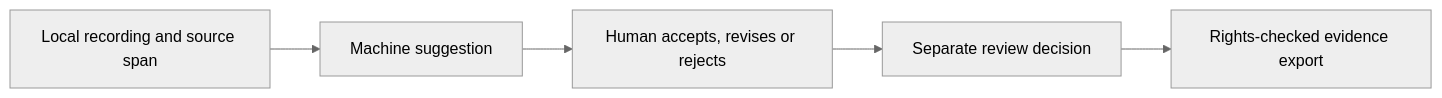
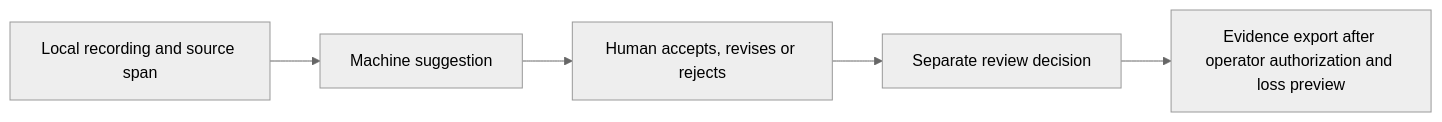
The diagram in README.md (sebastianspicker/notewitness), drawn with Mermaid (neutral theme) before and after one commit. The commit also changed other lines of this file and 80 other files, not shown here.

````diff
--- a/README.md
+++ b/README.md
@@ -29,7 +29,7 @@
 ```mermaid
 flowchart LR
   Source[Local recording and source span] --> Hypothesis[Machine suggestion]
   Hypothesis --> Review[Human accepts, revises or rejects]
   Review --> Record[Separate review decision]
-  Record --> Export[Rights-checked evidence export]
+  Record --> Export[Evidence export after operator authorization and loss preview]
 ```
````
